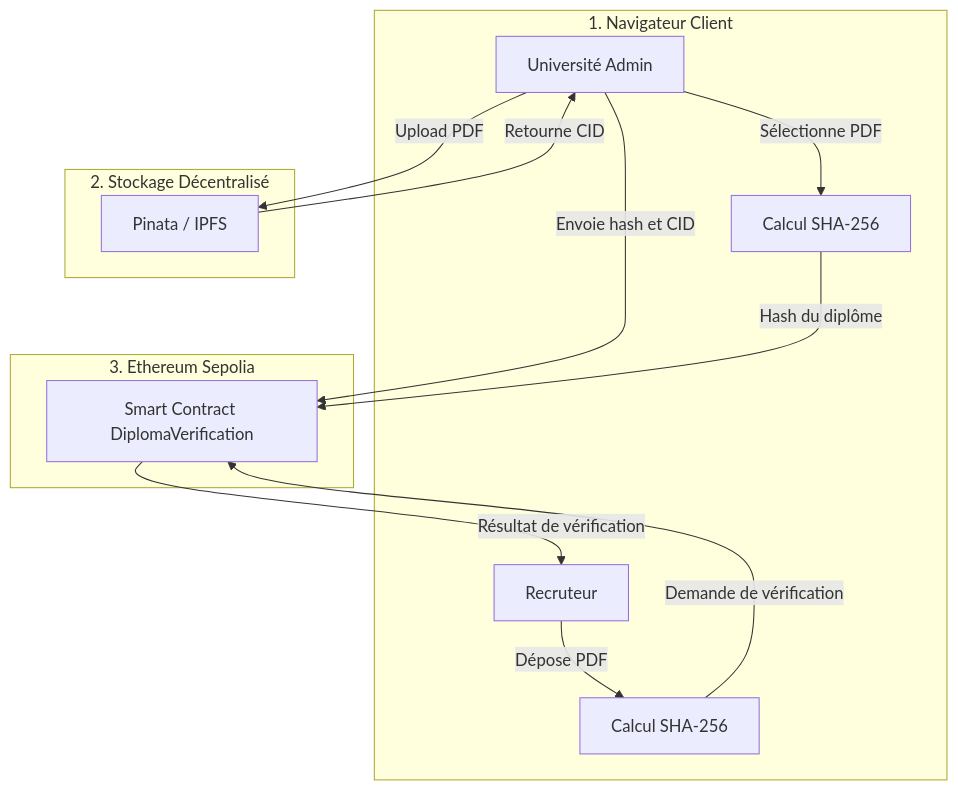
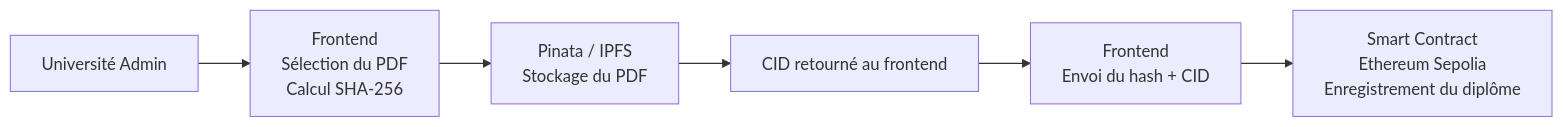
The first of 2 diagrams in README.md (buildwithrayen/blockchain-diploma-verification), drawn with Mermaid before and after one commit. The commit also changed other lines of this file, not shown here.

````diff
--- a/README.md
+++ b/README.md
@@ -22,27 +25,8 @@
 ```mermaid
-flowchart TD
-    subgraph Browser["1. Navigateur Client"]
-        Admin["Université Admin"]
-        Recruiter["Recruteur"]
-        Hash1["Calcul SHA-256"]
-        Hash2["Calcul SHA-256"]
-    end
-
-    subgraph Storage["2. Stockage Décentralisé"]
-        Pinata["Pinata / IPFS"]
-    end
-
-    subgraph Blockchain["3. Ethereum Sepolia"]
-        SC["Smart Contract DiplomaVerification"]
-    end
-
-    Admin -->|Sélectionne PDF| Hash1
-    Admin -->|Upload PDF| Pinata
-    Pinata -->|Retourne CID| Admin
-    Admin -->|Envoie hash et CID| SC
-    Hash1 -->|Hash du diplôme| SC
-
-    Recruiter -->|Dépose PDF| Hash2
-    Hash2 -->|Demande de vérification| SC
-    SC -->|Résultat de vérification| Recruiter
+flowchart LR
+    A["Université Admin"] --> B["Frontend<br/>Sélection du PDF<br/>Calcul SHA-256"]
+    B --> C["Pinata / IPFS<br/>Stockage du PDF"]
+    C --> D["CID retourné au frontend"]
+    D --> E["Frontend<br/>Envoi du hash + CID"]
+    E --> F["Smart Contract<br/>Ethereum Sepolia<br/>Enregistrement du diplôme"]
 ```
````
